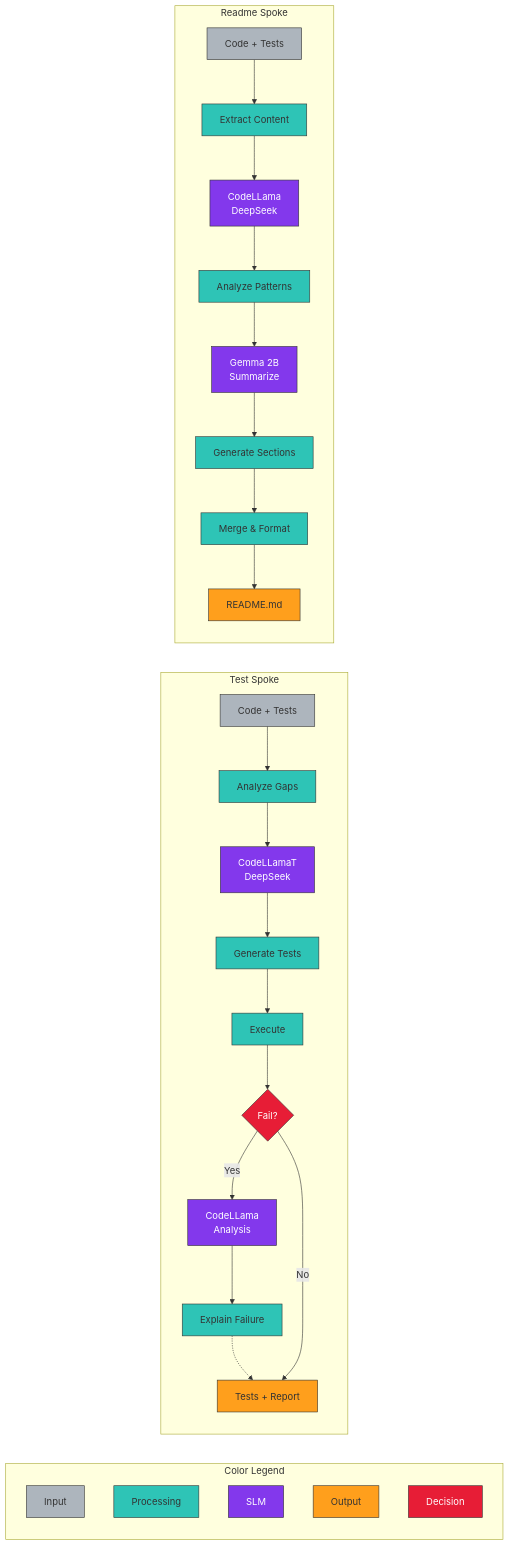
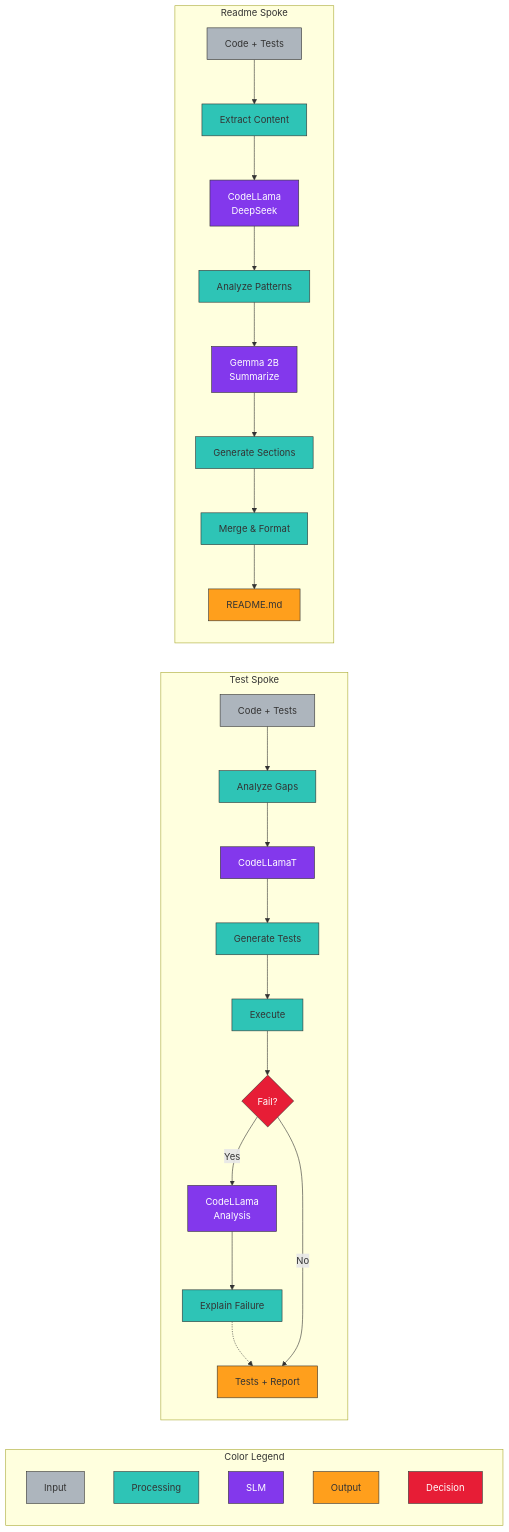
Before and after one commit to Drecoder/spoke-tool: the diagram in docs/diagrams/comparison-flow.mmd, drawn with Mermaid. The commit also changed other lines of this file, not shown here.

Commit message:
Refactor comparison flow diagram formatting

```diff
--- a/docs/diagrams/comparison-flow.mmd
+++ b/docs/diagrams/comparison-flow.mmd
@@ -1,58 +1,58 @@
 graph LR
     subgraph Legend [Color Legend]
         L1[Input]:::input
         L2[Processing]:::phase
         L3[SLM]:::slm
         L4[Output]:::output
         L5[Decision]:::decision
     end
 
     subgraph TestSpoke [Test Spoke]
         direction TB
         T_In[Code + Tests]:::input
         T_Analyze[Analyze Gaps]:::phase
-        T_SLM1[CodeLLamaT<br/>DeepSeek]:::slm
+        T_SLM1[CodeLLamaT<br/>]:::slm
         T_Generate[Generate Tests]:::phase
         T_Run[Execute]:::phase
         T_Decision{Fail?}:::decision
         T_SLM2[CodeLLama<br/>Analysis]:::slm
         T_Explain[Explain Failure]:::phase
         T_Out[Tests + Report]:::output
         
         T_In --> T_Analyze
         T_Analyze --> T_SLM1
         T_SLM1 --> T_Generate
         T_Generate --> T_Run
         T_Run --> T_Decision
         T_Decision -->|Yes| T_SLM2
         T_SLM2 --> T_Explain
         T_Explain -.-> T_Out
         T_Decision -->|No| T_Out
     end
     
     subgraph DocSpoke [Readme Spoke]
         direction TB
         D_In[Code + Tests]:::input
         D_Extract[Extract Content]:::phase
         D_SLM1[CodeLLama<br/>DeepSeek]:::slm
         D_Analyze[Analyze Patterns]:::phase
         D_SLM2[Gemma 2B<br/>Summarize]:::slm
         D_Generate[Generate Sections]:::phase
         D_Merge[Merge & Format]:::phase
         D_Out[README.md]:::output
         
         D_In --> D_Extract
         D_Extract --> D_SLM1
         D_SLM1 --> D_Analyze
         D_Analyze --> D_SLM2
         D_SLM2 --> D_Generate
         D_Generate --> D_Merge
         D_Merge --> D_Out
     end
 
     classDef input fill:#adb5bd,stroke:#333,color:#333
     classDef phase fill:#2ec4b6,stroke:#333,color:#333
     classDef slm fill:#8338ec,stroke:#333,color:#fff
     classDef output fill:#ff9f1c,stroke:#333,color:#333
 
     classDef decision fill:#e71d36,stroke:#333,color:#fff
```
